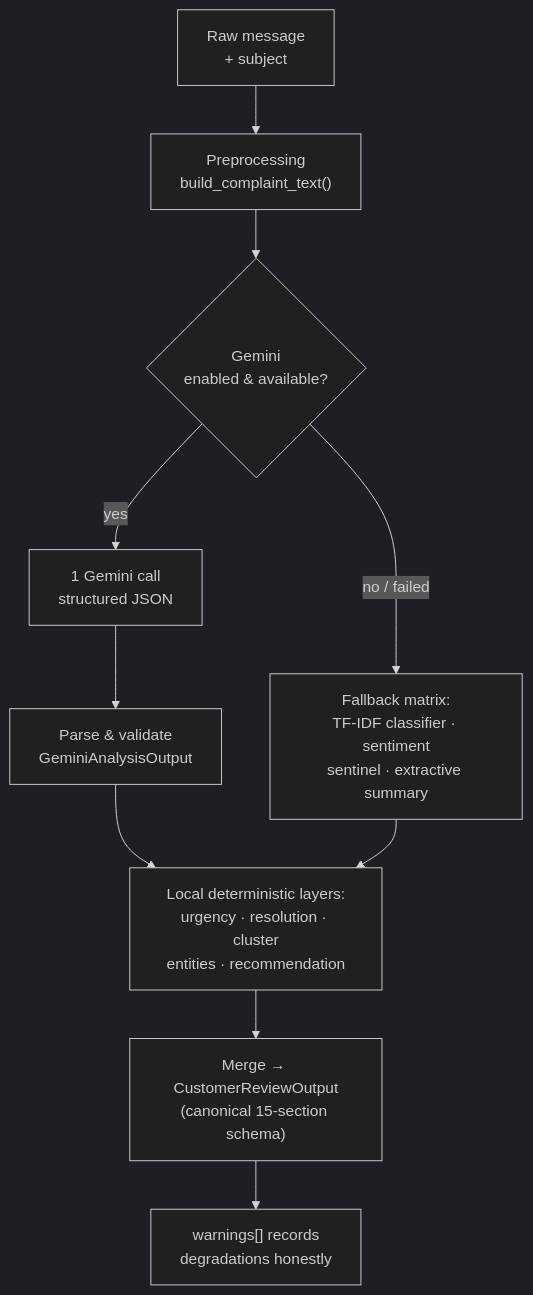
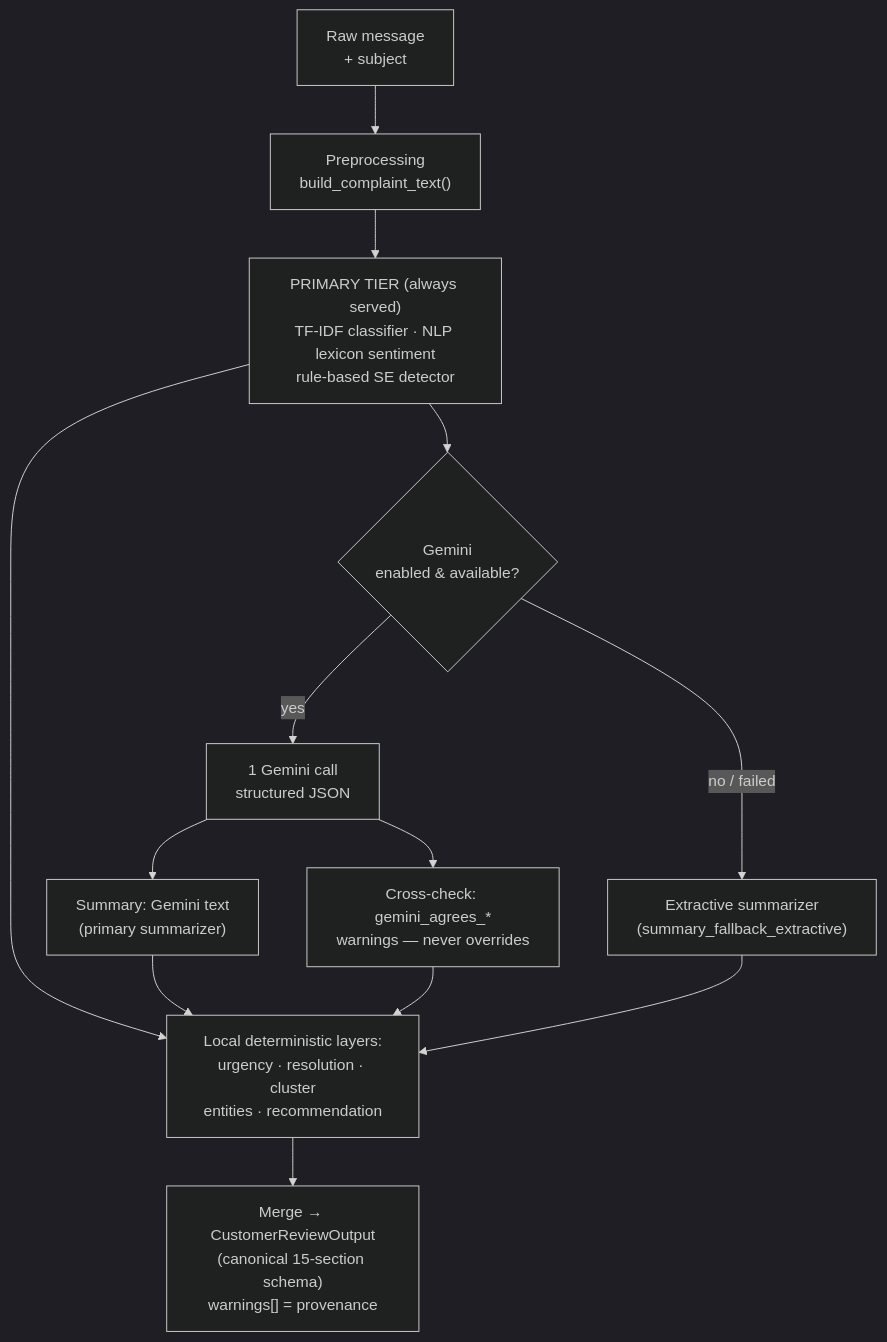
One commit to mhlohh/solwin changed the first of 15 diagrams in app/ml_services/docs/ARCHITECTURE.md. Above: the diagram before and after it, drawn with Mermaid (dark theme). The commit also changed other lines of this file and 7 other files, not shown here.

````diff
--- a/app/ml_services/docs/ARCHITECTURE.md
+++ b/app/ml_services/docs/ARCHITECTURE.md
@@ -38,12 +39,15 @@
 ```mermaid
 flowchart TD
     A["Raw message\n+ subject"] --> B["Preprocessing\nbuild_complaint_text()"]
-    B --> C{Gemini\nenabled & available?}
-    C -- "yes" --> D["1 Gemini call\nstructured JSON"]
-    D --> E["Parse & validate\nGeminiAnalysisOutput"]
-    E --> F["Local deterministic layers:\nurgency · resolution · cluster\nentities · recommendation"]
-    F --> G["Merge → CustomerReviewOutput\n(canonical 15-section schema)"]
-    C -- "no / failed" --> H["Fallback matrix:\nTF-IDF classifier · sentiment\nsentinel · extractive summary"]
-    H --> F
-    G --> I["warnings[] records\ndegradations honestly"]
+    B --> C["PRIMARY TIER (always served)\nTF-IDF classifier · NLP lexicon sentiment\nrule-based SE detector"]
+    C --> D{Gemini\nenabled & available?}
+    D -- "yes" --> E["1 Gemini call\nstructured JSON"]
+    E --> F["Summary: Gemini text\n(primary summarizer)"]
+    E --> G["Cross-check: gemini_agrees_*\nwarnings — never overrides"]
+    D -- "no / failed" --> H["Extractive summarizer\n(summary_fallback_extractive)"]
+    C --> I["Local deterministic layers:\nurgency · resolution · cluster\nentities · recommendation"]
+    F --> I
+    G --> I
+    H --> I
+    I --> J["Merge → CustomerReviewOutput\n(canonical 15-section schema)\nwarnings[] = provenance"]
 ```
````
